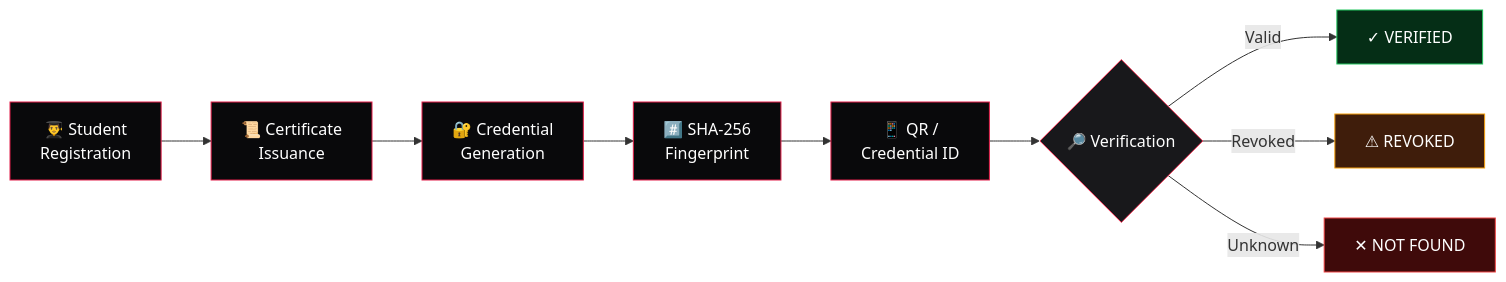
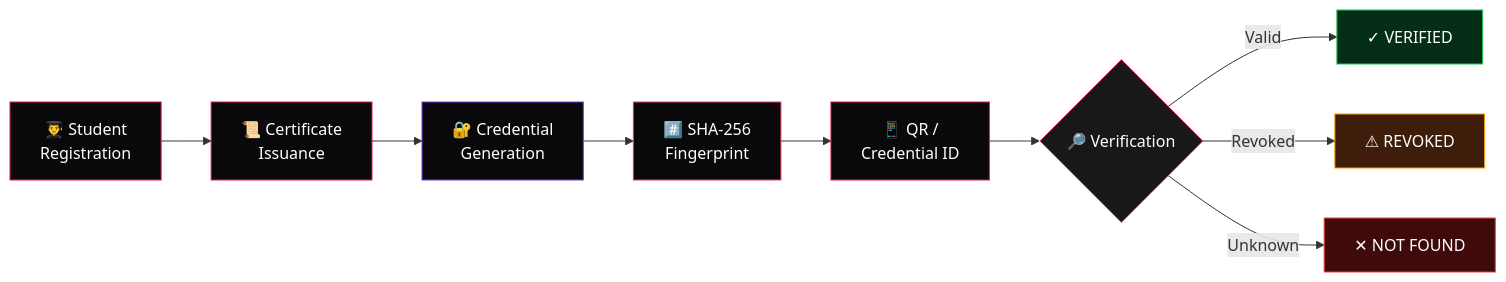
The first of 4 diagrams in README.md (Arijit07-tech7/CertiChain), drawn with Mermaid before and after one commit. The commit also changed other lines of this file, not shown here.

Commit message:
Redesign CertiVault README with animated UI and Mermaid architecture

````diff
--- a/README.md
+++ b/README.md
@@ -87,22 +101,34 @@
 ```mermaid
 flowchart LR
-    A["👨‍🎓 Student<br/>Registration"] --> B["📜 Certificate<br/>Issuance"]
-    B --> C["🔐 Credential<br/>Generation"]
-    C --> D["#️⃣ SHA-256<br/>Fingerprint"]
-    D --> E["📱 QR /<br/>Credential ID"]
-    E --> F{"🔎 Verification"}
 
-    F -->|"Valid"| G["✓ VERIFIED"]
-    F -->|"Revoked"| H["⚠ REVOKED"]
-    F -->|"Unknown"| I["✕ NOT FOUND"]
+    A["👨‍🎓 Student<br/>Registration"]
+    B["📜 Certificate<br/>Issuance"]
+    C["🔐 Credential<br/>Generation"]
+    D["#️⃣ SHA-256<br/>Fingerprint"]
+    E["📱 QR /<br/>Credential ID"]
+    F{"🔎 Verification"}
+
+    G["✓ VERIFIED"]
+    H["⚠ REVOKED"]
+    I["✕ NOT FOUND"]
+
+    A --> B
+    B --> C
+    C --> D
+    D --> E
+    E --> F
+
+    F -->|"Valid"| G
+    F -->|"Revoked"| H
+    F -->|"Unknown"| I
 
     style A fill:#09090B,stroke:#E11D48,color:#fff
     style B fill:#09090B,stroke:#E11D48,color:#fff
-    style C fill:#09090B,stroke:#E11D48,color:#fff
-    style D fill:#09090B,stroke:#E11D48,color:#fff
+    style C fill:#09090B,stroke:#7C3AED,color:#fff
+    style D fill:#09090B,stroke:#F43F5E,color:#fff
     style E fill:#09090B,stroke:#E11D48,color:#fff
     style F fill:#18181B,stroke:#F43F5E,color:#fff
     style G fill:#052E16,stroke:#22C55E,color:#fff
     style H fill:#3F1D0B,stroke:#F59E0B,color:#fff
     style I fill:#3F0A0A,stroke:#EF4444,color:#fff
 ```
````
